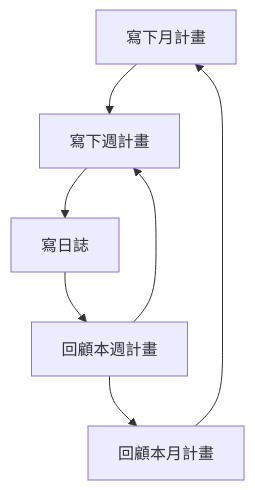
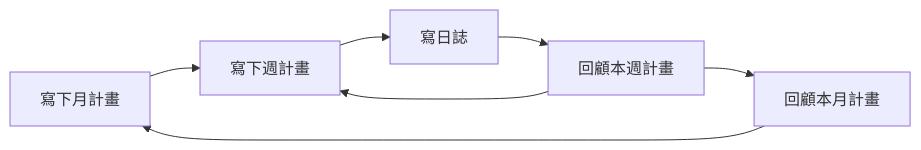
The diagram in RobinBulletJournal-V1/20🎯專案/2022 個人筆記系統/我的子彈筆記作法.md (robinli/ObsidianTemplateVault-BulletJournal), drawn with Mermaid before and after one commit. The commit also changed 6 other files, not shown here.

Commit message:
修改流程圖為橫式

````diff
--- a/RobinBulletJournal-V1/20🎯專案/2022 個人筆記系統/我的子彈筆記作法.md
+++ b/RobinBulletJournal-V1/20🎯專案/2022 個人筆記系統/我的子彈筆記作法.md
@@ -22,14 +22,14 @@
 ```mermaid 
-graph TD
+graph LR
 
 1[寫下月計畫]
 
 --> 2[寫下週計畫]
 
 --> 3[寫日誌] --> 4
 
 4[回顧本週計畫] --> 2 & 5
 
 5[回顧本月計畫] --> 1
 
 ```
````
